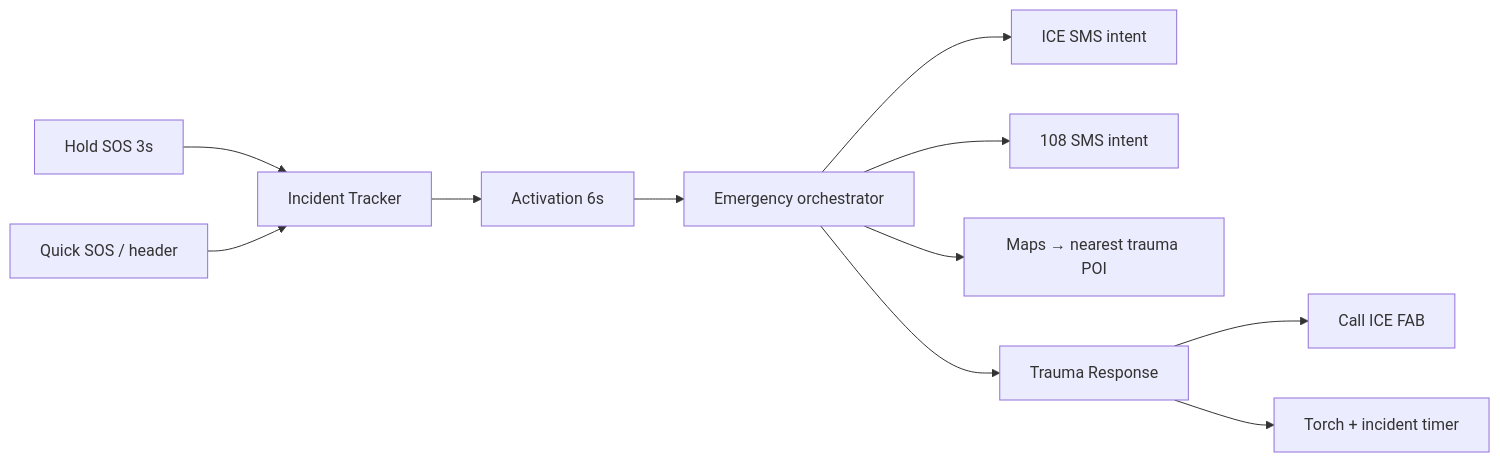
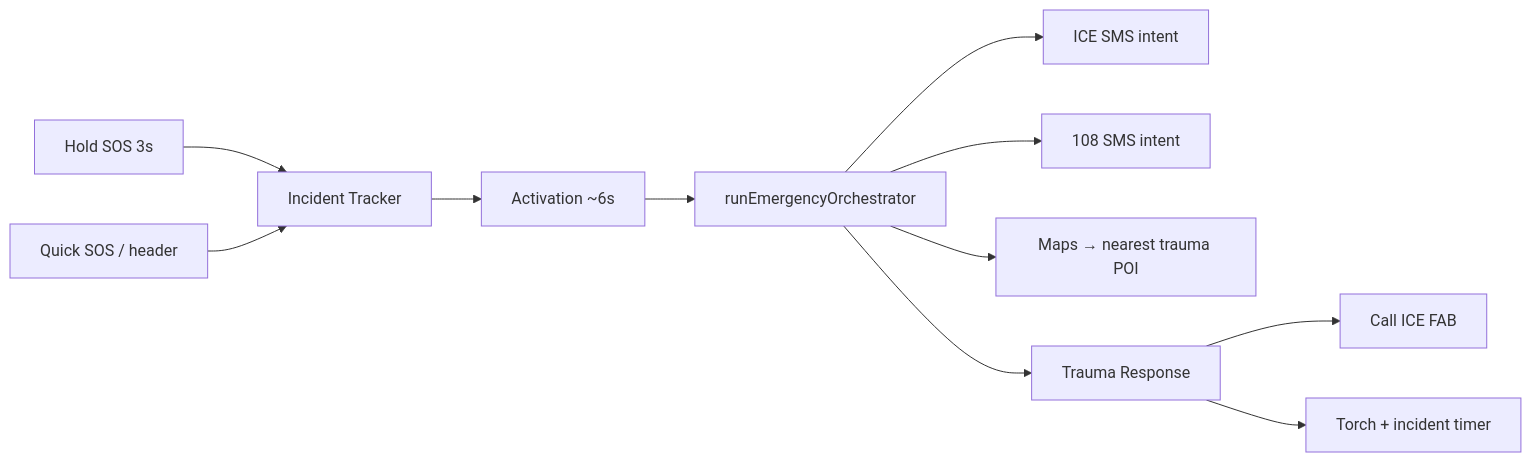
One commit to Stormynubee/novadrive changed the diagram in novadrive-mobile/README.md. Above: the diagram before and after it, drawn with Mermaid. The commit also changed other lines of this file and 2 other files, not shown here.

Commit message:
docs: refresh root and mobile README for v2.0.0 emergency automation

````diff
--- a/novadrive-mobile/README.md
+++ b/novadrive-mobile/README.md
@@ -59,13 +75,13 @@
 ```mermaid
 flowchart LR
   hold[Hold SOS 3s] --> pick[Incident Tracker]
   quick[Quick SOS / header] --> pick
-  pick --> act[Activation 6s]
-  act --> orch[Emergency orchestrator]
+  pick --> act[Activation ~6s]
+  act --> orch[runEmergencyOrchestrator]
   orch --> ice[ICE SMS intent]
   orch --> sms108[108 SMS intent]
   orch --> maps[Maps → nearest trauma POI]
   orch --> trauma[Trauma Response]
   trauma --> iceFab[Call ICE FAB]
   trauma --> torch[Torch + incident timer]
 ```
````
